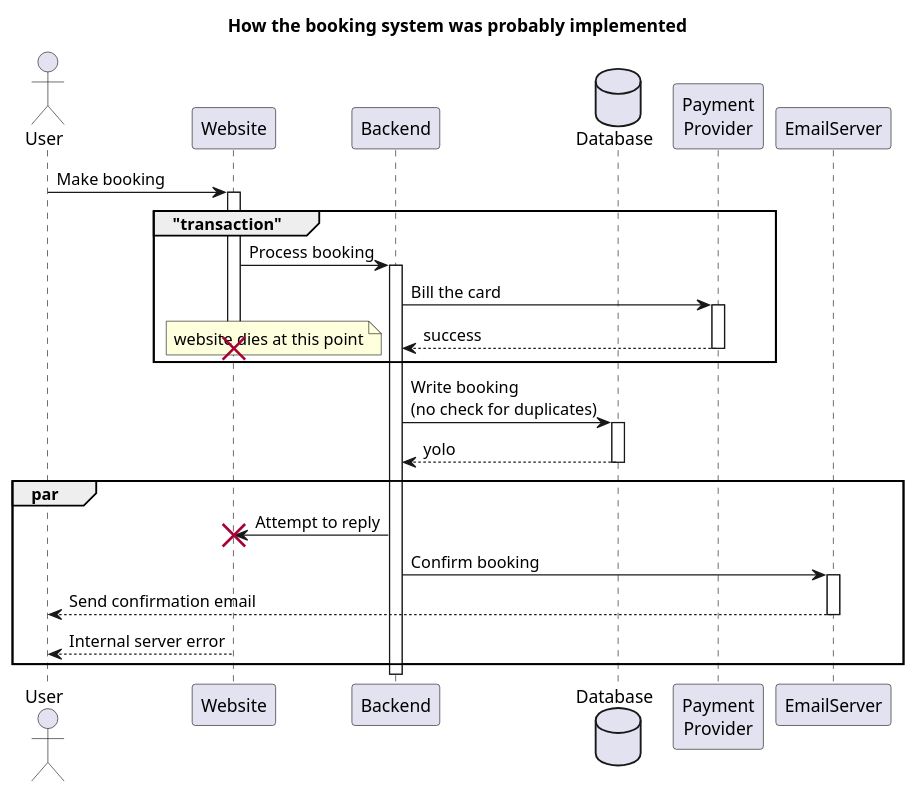
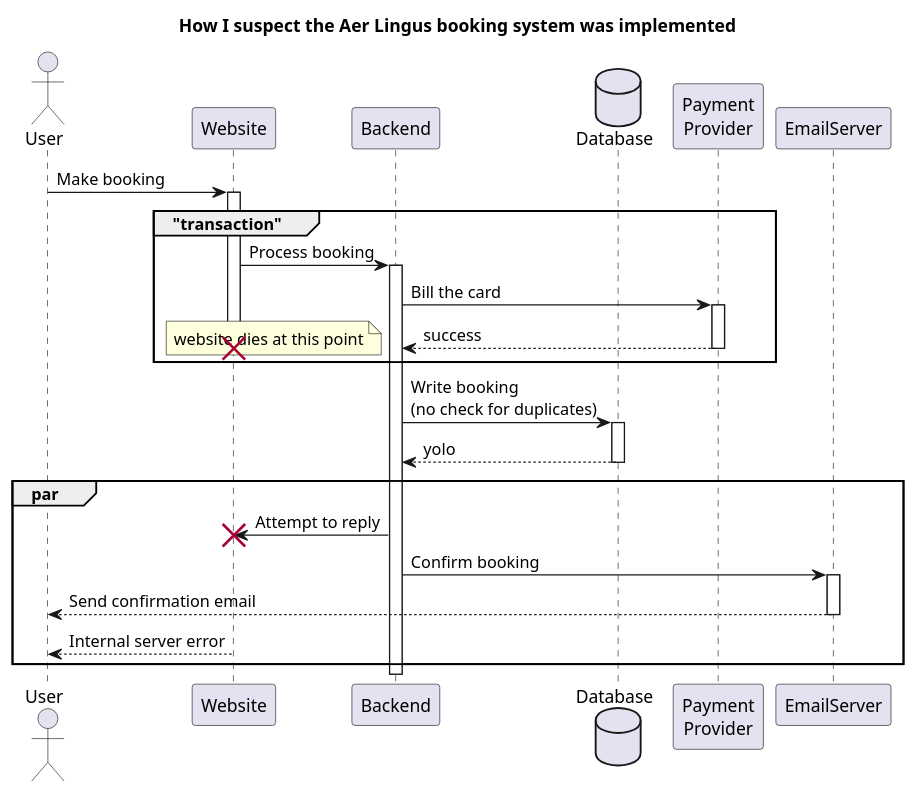
The diagram in puml/how-booking-was-probably-implemented.puml (esl/bryan_cb_sf_2020_talk), drawn with PlantUML before and after one commit. The commit also changed 4 other files, not shown here.

```diff
--- a/puml/how-booking-was-probably-implemented.puml
+++ b/puml/how-booking-was-probably-implemented.puml
@@ -1,25 +1,25 @@
 @startuml  overview
 
-title How the booking system was probably implemented
+title How I suspect the Aer Lingus booking system was implemented
 actor User 
 autoactivate on
 User -> Website: Make booking 
 group "transaction"
 Website -> Backend: Process booking
 database Database
 participant "Payment\nProvider" as Provider 
 Backend -> Provider: Bill the card 
 return success
 note left: website dies at this point
 destroy Website
 end
 Backend -> Database: Write booking \n(no check for duplicates) 
 return yolo
 par 
 Backend -> Website !! : Attempt to reply
 Backend -> EmailServer: Confirm booking
 EmailServer --> User: Send confirmation email 
 Website --> User: Internal server error
 end
 
 @enduml
```
